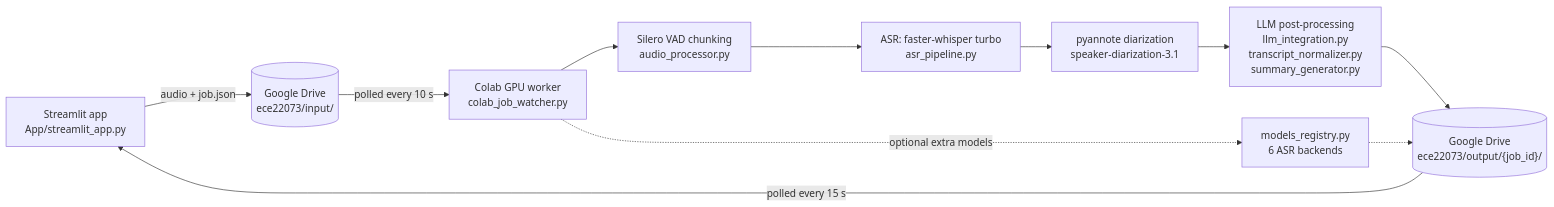
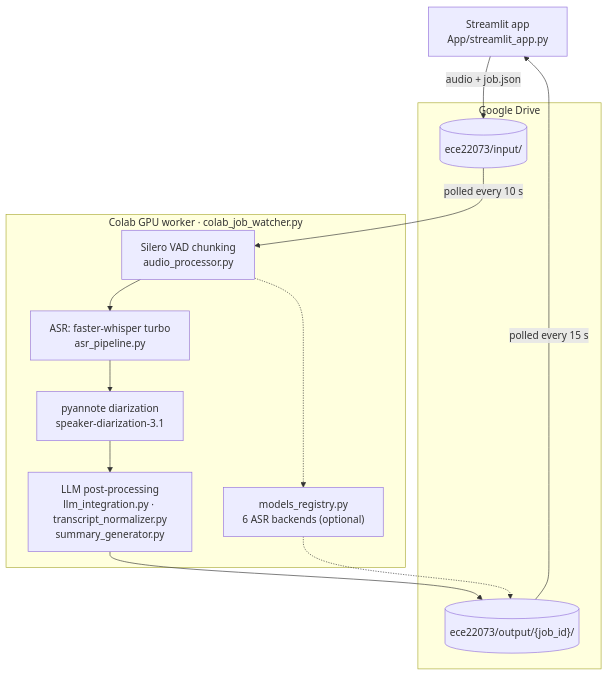
The diagram in README.md (victorpolitakis/asr-notebook), drawn with Mermaid before and after one commit.

Commit message:
Make architecture diagram vertical

````diff
--- a/README.md
+++ b/README.md
@@ -7,13 +7,25 @@
 ```mermaid
-flowchart LR
-    UI["Streamlit app<br/>App/streamlit_app.py"] -- "audio + job.json" --> IN[("Google Drive<br/>ece22073/input/")]
-    IN -- "polled every 10 s" --> W["Colab GPU worker<br/>colab_job_watcher.py"]
-    W --> VAD["Silero VAD chunking<br/>audio_processor.py"]
-    VAD --> ASR["ASR: faster-whisper turbo<br/>asr_pipeline.py"]
-    ASR --> DIA["pyannote diarization<br/>speaker-diarization-3.1"]
-    DIA --> LLM["LLM post-processing<br/>llm_integration.py<br/>transcript_normalizer.py<br/>summary_generator.py"]
-    LLM --> OUT[("Google Drive<br/>ece22073/output/{job_id}/")]
-    W -. "optional extra models" .-> REG["models_registry.py<br/>6 ASR backends"]
+flowchart TD
+    UI["Streamlit app<br/>App/streamlit_app.py"]
+
+    subgraph Drive["Google Drive"]
+        IN[("ece22073/input/")]
+        OUT[("ece22073/output/{job_id}/")]
+    end
+
+    subgraph Colab["Colab GPU worker · colab_job_watcher.py"]
+        VAD["Silero VAD chunking<br/>audio_processor.py"]
+        ASR["ASR: faster-whisper turbo<br/>asr_pipeline.py"]
+        DIA["pyannote diarization<br/>speaker-diarization-3.1"]
+        LLM["LLM post-processing<br/>llm_integration.py · transcript_normalizer.py<br/>summary_generator.py"]
+        REG["models_registry.py<br/>6 ASR backends (optional)"]
+        VAD --> ASR --> DIA --> LLM
+        VAD -.-> REG
+    end
+
+    UI -- "audio + job.json" --> IN
+    IN -- "polled every 10 s" --> VAD
+    LLM --> OUT
     REG -.-> OUT
     OUT -- "polled every 15 s" --> UI
 ```
````
